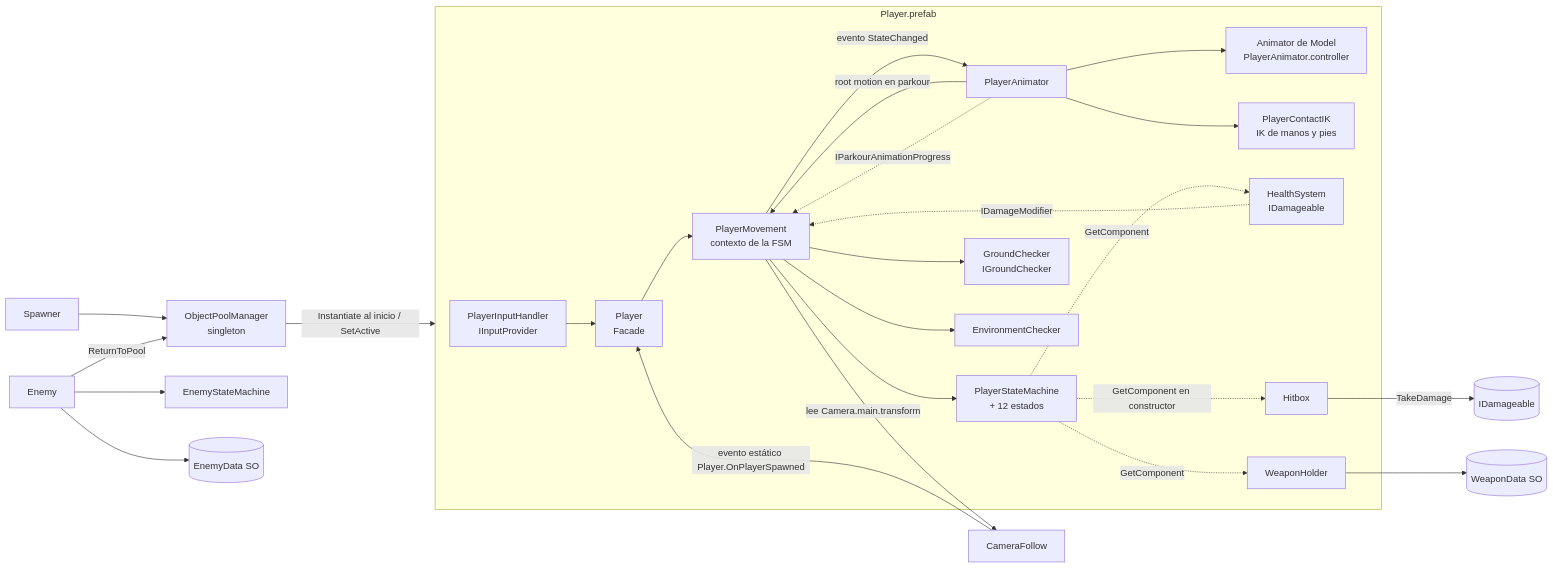
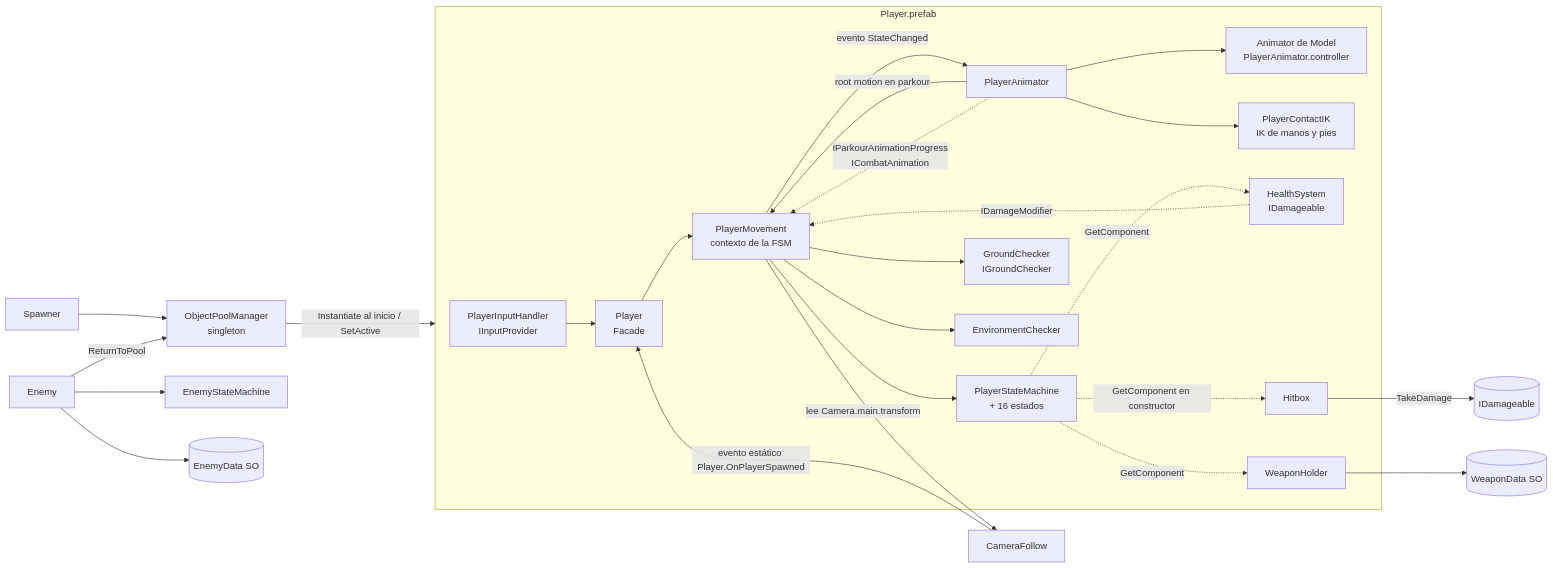
Before and after one commit to AlanYahirAguilar/warrior-woke: the first of 2 diagrams in docs/arquitectura.md, drawn with Mermaid. The commit also changed other lines of this file and 82 other files, not shown here.

````diff
--- a/docs/arquitectura.md
+++ b/docs/arquitectura.md
@@ -168,28 +179,28 @@
 ```mermaid
 flowchart LR
     subgraph Player.prefab
       PIH[PlayerInputHandler<br/>IInputProvider] --> P[Player<br/>Facade]
       P --> PM[PlayerMovement<br/>contexto de la FSM]
-      PM --> FSM[PlayerStateMachine<br/>+ 12 estados]
+      PM --> FSM[PlayerStateMachine<br/>+ 16 estados]
       PM -- evento StateChanged --> PA[PlayerAnimator]
       PA --> AN[Animator de Model<br/>PlayerAnimator.controller]
       PA -- root motion en parkour --> PM
       PA --> CIK[PlayerContactIK<br/>IK de manos y pies]
-      PA -. IParkourAnimationProgress .-> PM
+      PA -. IParkourAnimationProgress<br/>ICombatAnimation .-> PM
       HS -. IDamageModifier .-> PM
       PM --> GC[GroundChecker<br/>IGroundChecker]
       PM --> EC[EnvironmentChecker]
       FSM -. GetComponent en constructor .-> HB[Hitbox]
       FSM -. GetComponent .-> HS[HealthSystem<br/>IDamageable]
       FSM -. GetComponent .-> WH[WeaponHolder]
     end
     PM -- lee Camera.main.transform --> CAM[CameraFollow]
     CAM -- evento estático Player.OnPlayerSpawned --> P
     SP[Spawner] --> OPM[ObjectPoolManager<br/>singleton]
     OPM -- Instantiate al inicio / SetActive --> Player.prefab
     HB -- TakeDamage --> IDam[(IDamageable)]
     WH --> WD[(WeaponData SO)]
     E[Enemy] --> EFSM[EnemyStateMachine]
     E --> ED[(EnemyData SO)]
     E -- ReturnToPool --> OPM
 ```
````
